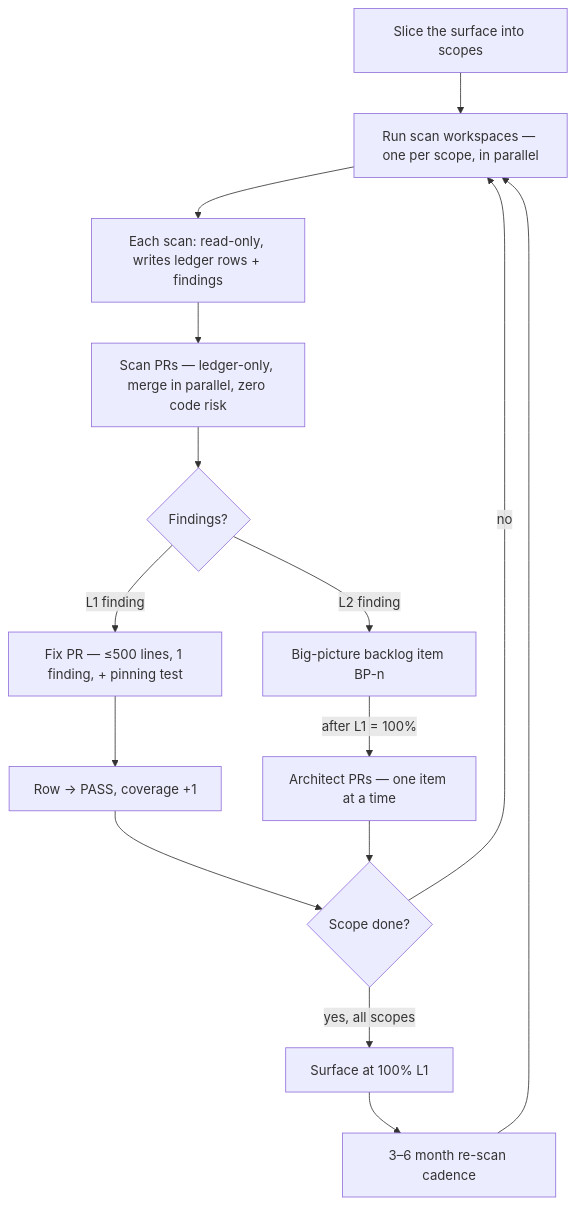
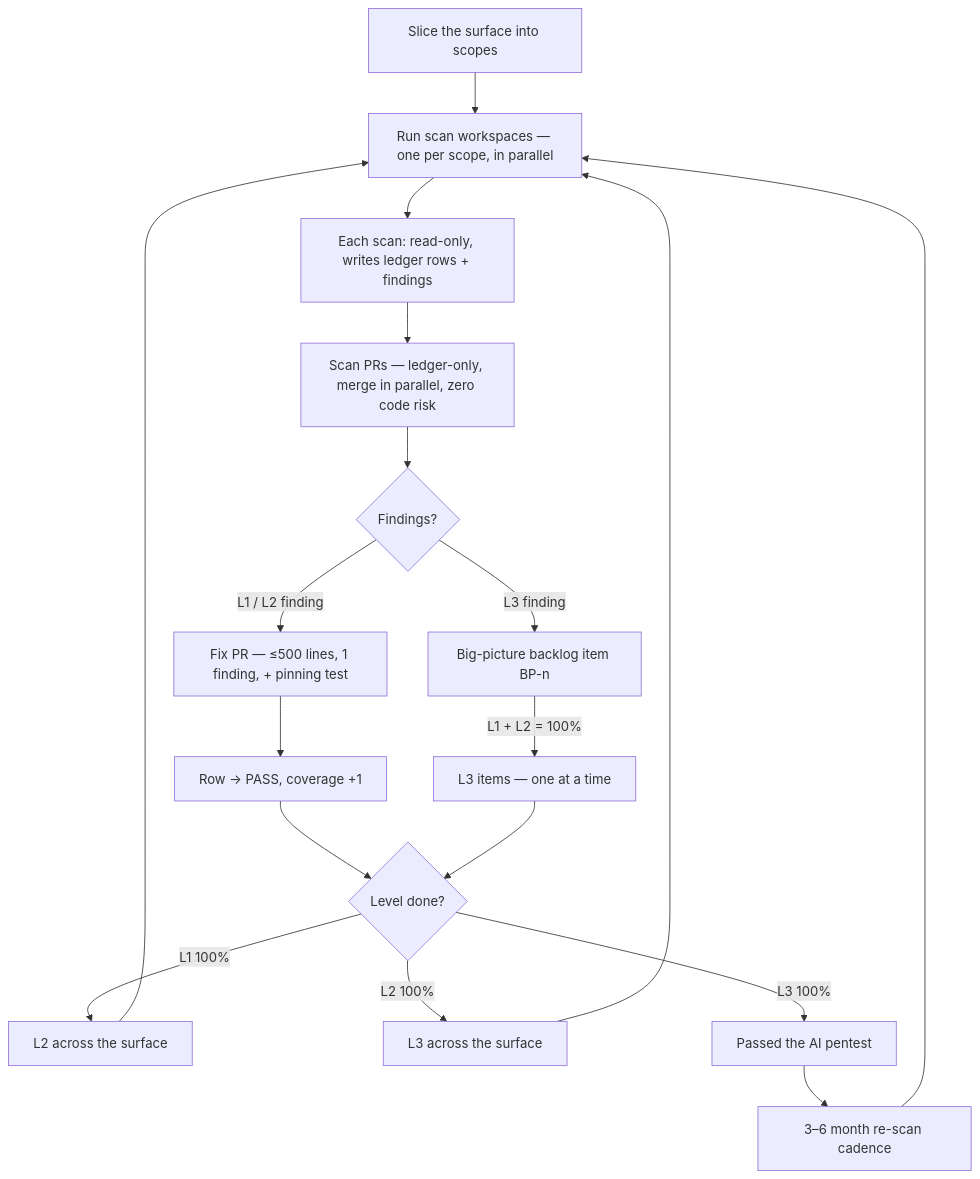
The diagram in ai-pack/ai-security-theory/running-it/README.md (jacoby149/web10), drawn with Mermaid before and after one commit. The commit also changed other lines of this file and 16 other files, not shown here.

First line of the commit message:
docs(ai-pack): reframe the security theory around a scope ladder + AI pentest gate

````diff
--- a/ai-pack/ai-security-theory/running-it/README.md
+++ b/ai-pack/ai-security-theory/running-it/README.md
@@ -11,17 +12,20 @@
 ```mermaid
 flowchart TD
     A[Slice the surface into scopes] --> B[Run scan workspaces — one per scope, in parallel]
     B --> C[Each scan: read-only, writes ledger rows + findings]
     C --> D[Scan PRs — ledger-only, merge in parallel, zero code risk]
     D --> E{Findings?}
-    E -->|L1 finding| F[Fix PR — ≤500 lines, 1 finding, + pinning test]
-    E -->|L2 finding| G[Big-picture backlog item BP-n]
+    E -->|L1 / L2 finding| F[Fix PR — ≤500 lines, 1 finding, + pinning test]
+    E -->|L3 finding| G[Big-picture backlog item BP-n]
     F --> H[Row → PASS, coverage +1]
-    G -->|after L1 = 100%| I[Architect PRs — one item at a time]
-    H --> J{Scope done?}
+    G -->|L1 + L2 = 100%| I[L3 items — one at a time]
+    H --> J{Level done?}
     I --> J
-    J -->|no| B
-    J -->|yes, all scopes| K[Surface at 100% L1]
-    K --> L[3–6 month re-scan cadence]
-    L --> B
+    J -->|L1 100%| K[L2 across the surface]
+    J -->|L2 100%| M[L3 across the surface]
+    J -->|L3 100%| N[Passed the AI pentest]
+    K --> B
+    M --> B
+    N --> O[3–6 month re-scan cadence]
+    O --> B
 ```
````
